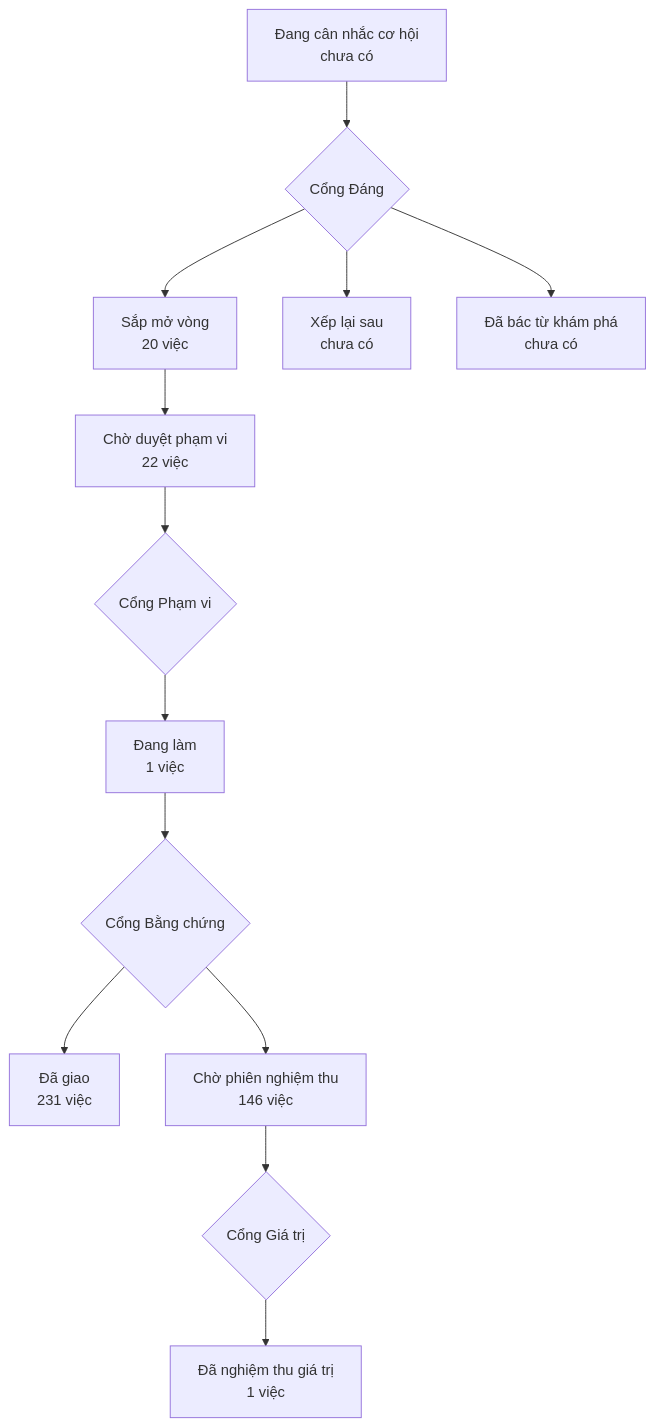
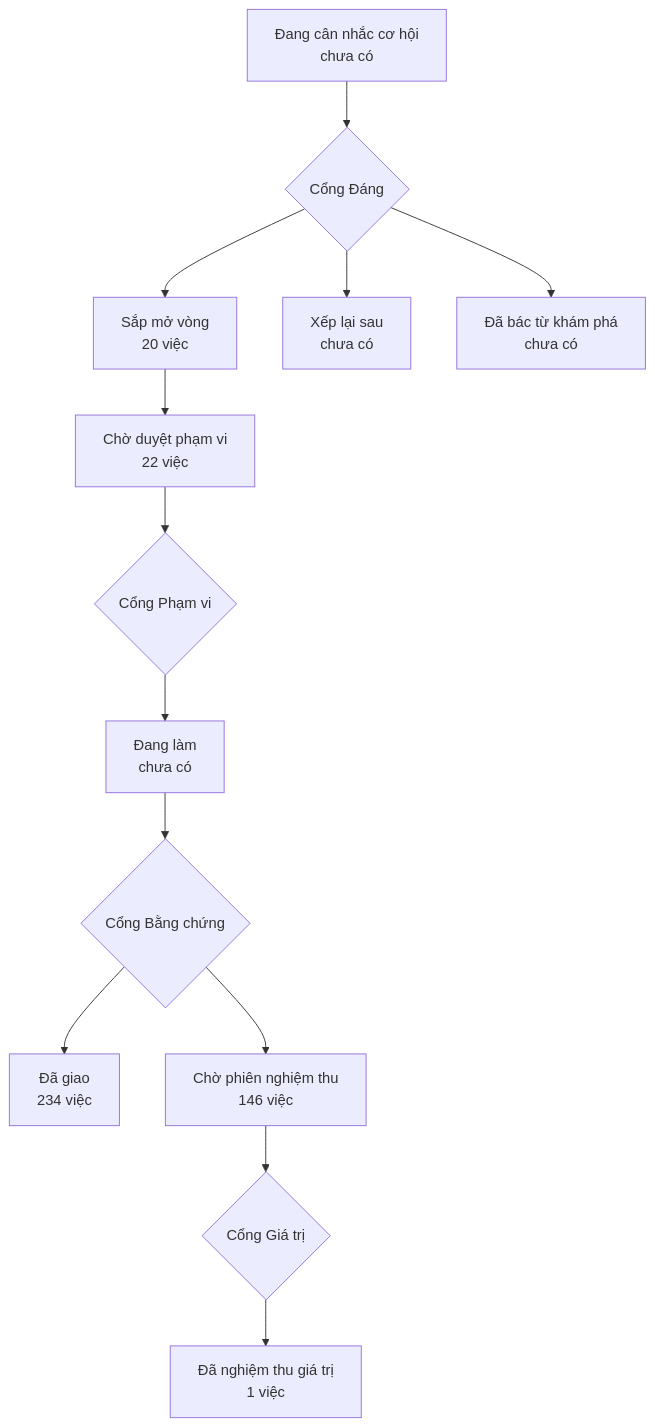
The diagram in PRODUCT-MAP.md (phanlemanh/onehub-invest), drawn with Mermaid before and after one commit. The commit also changed other lines of this file and 5 other files, not shown here.

````diff
--- a/PRODUCT-MAP.md
+++ b/PRODUCT-MAP.md
@@ -7,12 +7,12 @@
 ```mermaid
 flowchart TD
   A["Đang cân nhắc cơ hội<br/>chưa có"] --> GD{"Cổng Đáng"}
   GD --> B["Sắp mở vòng<br/>20 việc"]
   GD --> XL["Xếp lại sau<br/>chưa có"]
   GD --> DB["Đã bác từ khám phá<br/>chưa có"]
   B --> CD["Chờ duyệt phạm vi<br/>22 việc"] --> GP{"Cổng Phạm vi"}
-  GP --> DL["Đang làm<br/>1 việc"] --> GB{"Cổng Bằng chứng"}
-  GB --> DG["Đã giao<br/>231 việc"]
+  GP --> DL["Đang làm<br/>chưa có"] --> GB{"Cổng Bằng chứng"}
+  GB --> DG["Đã giao<br/>234 việc"]
   GB --> CN["Chờ phiên nghiệm thu<br/>146 việc"] --> GG{"Cổng Giá trị"}
   GG --> NT["Đã nghiệm thu giá trị<br/>1 việc"]
 ```
````
